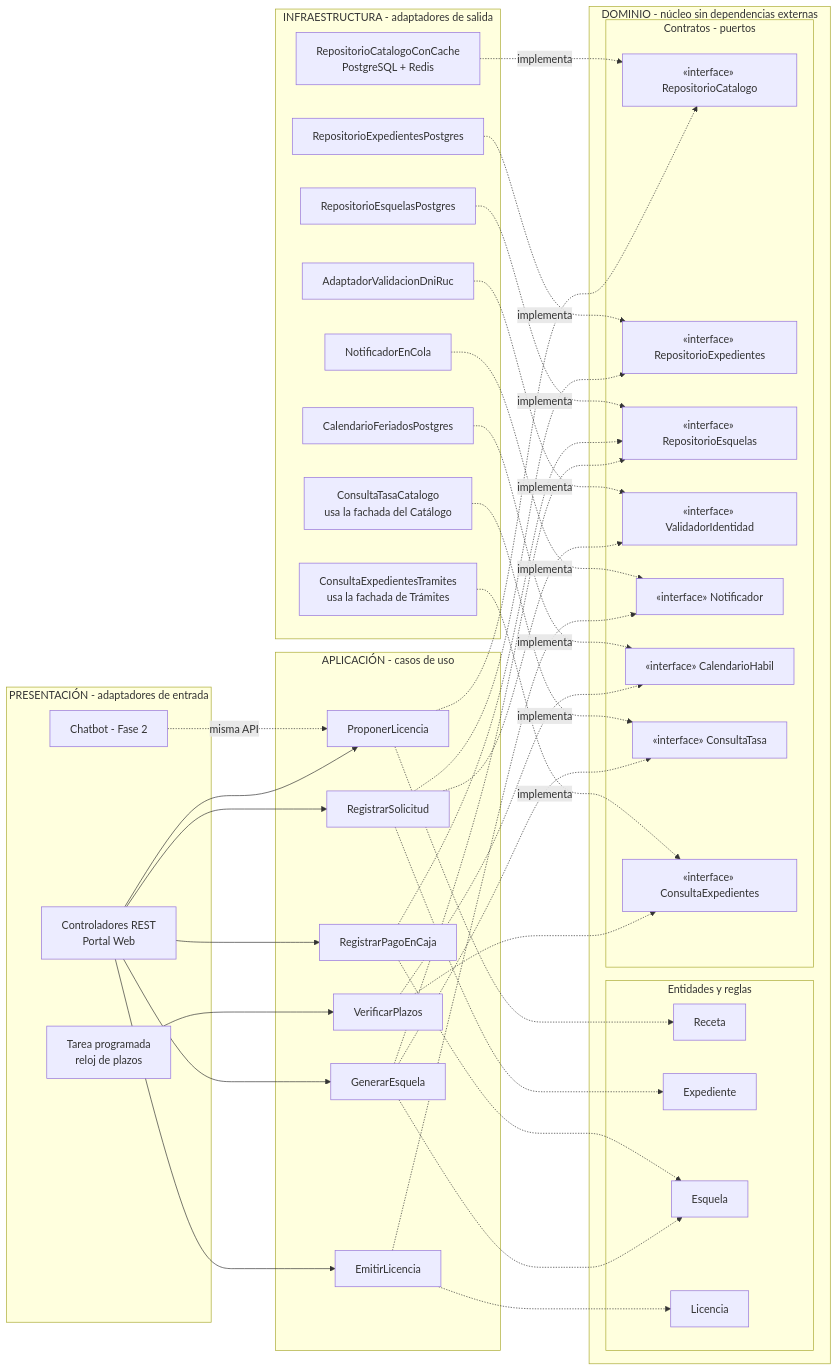
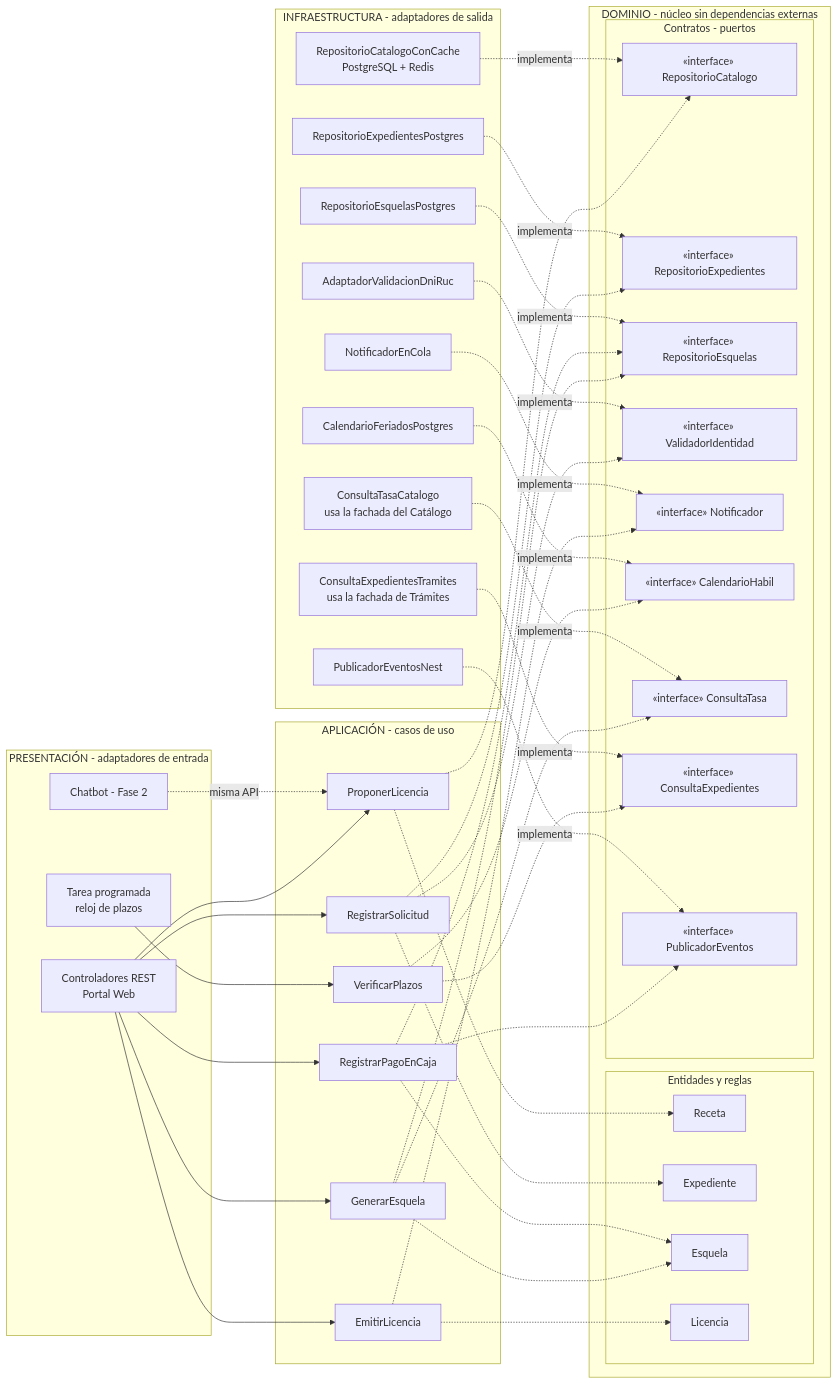
One commit to yeymyloson18/Licencias-Huanta-arquitSoft-JEIMY changed the diagram in docs/02-arquitectura-software/enfoque-arquitectonico.md. Above: the diagram before and after it, drawn with Mermaid. The commit also changed other lines of this file, not shown here.

Commit message:
docs: enfoque con fiscalización, PublicadorEventos y dependencias aclaradas

````diff
--- a/docs/02-arquitectura-software/enfoque-arquitectonico.md
+++ b/docs/02-arquitectura-software/enfoque-arquitectonico.md
@@ -70,6 +70,7 @@
             P6["«interface» CalendarioHabil"]
             P7["«interface» ConsultaTasa"]
             P8["«interface» ConsultaExpedientes"]
+            P9["«interface» PublicadorEventos"]
         end
     end
 
@@ -82,6 +83,7 @@
         A6["CalendarioFeriadosPostgres"]
         A7["ConsultaTasaCatalogo<br/>usa la fachada del Catálogo"]
         A8["ConsultaExpedientesTramites<br/>usa la fachada de Trámites"]
+        A9["PublicadorEventosNest"]
     end
 
     Ctrl --> U1
@@ -103,6 +105,7 @@
     U3 -.-> P3
     U3 -.-> P7
     U4 -.-> P3
+    U4 -.-> P9
     U5 -.-> P5
     U6 -.-> P6
     U6 -.-> P8
@@ -115,4 +118,5 @@
     A6 -.->|"implementa"| P6
     A7 -.->|"implementa"| P7
     A8 -.->|"implementa"| P8
+    A9 -.->|"implementa"| P9
 ```
````
